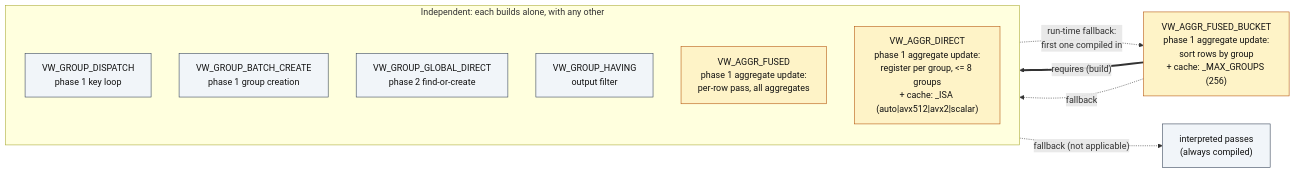
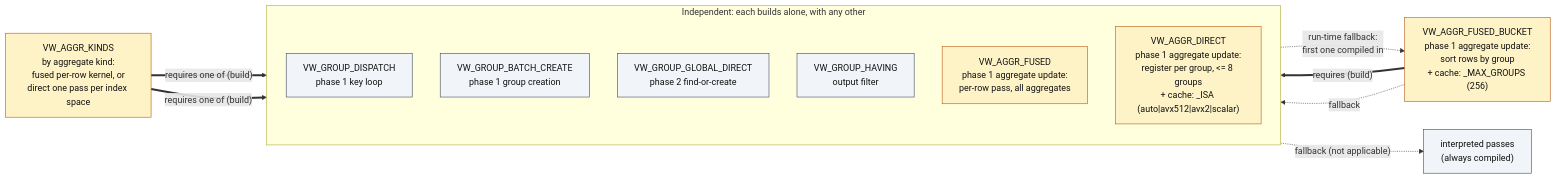
One commit to lxbtlr/db-engine-paradigms changed the diagram in aggregation_options/relations.mmd. Above: the diagram before and after it, drawn with Mermaid. The commit also changed 13 other files, not shown here.

First line of the commit message:
feat(vectorwise): VW_AGGR_KINDS for the fused and direct aggregate updates

```diff
--- a/aggregation_options/relations.mmd
+++ b/aggregation_options/relations.mmd
@@ -1,22 +1,25 @@
 flowchart LR
     subgraph IND["Independent: each builds alone, with any other"]
         direction TB
         DI["VW_GROUP_DISPATCH<br/>phase 1 key loop"]
         BC["VW_GROUP_BATCH_CREATE<br/>phase 1 group creation"]
         GD["VW_GROUP_GLOBAL_DIRECT<br/>phase 2 find-or-create"]
         HV["VW_GROUP_HAVING<br/>output filter"]
         AF["VW_AGGR_FUSED<br/>phase 1 aggregate update:<br/>per-row pass, all aggregates"]
         AD["VW_AGGR_DIRECT<br/>phase 1 aggregate update:<br/>register per group, <= 8 groups<br/>+ cache: _ISA (auto|avx512|avx2|scalar)"]
     end
     AB["VW_AGGR_FUSED_BUCKET<br/>phase 1 aggregate update:<br/>sort rows by group<br/>+ cache: _MAX_GROUPS (256)"]
     INT["interpreted passes<br/>(always compiled)"]
+    AK["VW_AGGR_KINDS<br/>by aggregate kind:<br/>fused per-row kernel, or<br/>direct one pass per index space"]
+    AK ==>|"requires one of (build)"| AF
+    AK ==>|"requires one of (build)"| AD
 
     AB ==>|"requires (build)"| AF
     AD -.->|"run-time fallback:<br/>first one compiled in"| AB
     AB -.->|fallback| AF
     AF -.->|"fallback (not applicable)"| INT
 
     classDef free fill:#f1f5f9,stroke:#334155,color:#111
     classDef upd fill:#fef3c7,stroke:#b45309,color:#111
     class DI,BC,GD,HV,INT free
-    class AF,AB,AD upd
+    class AF,AB,AD,AK upd
```
